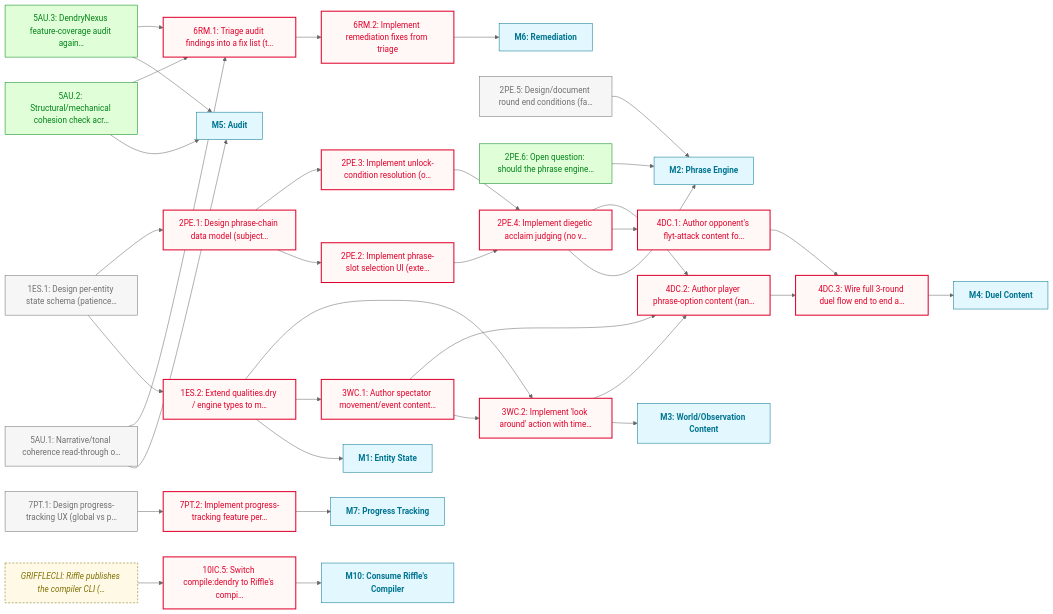
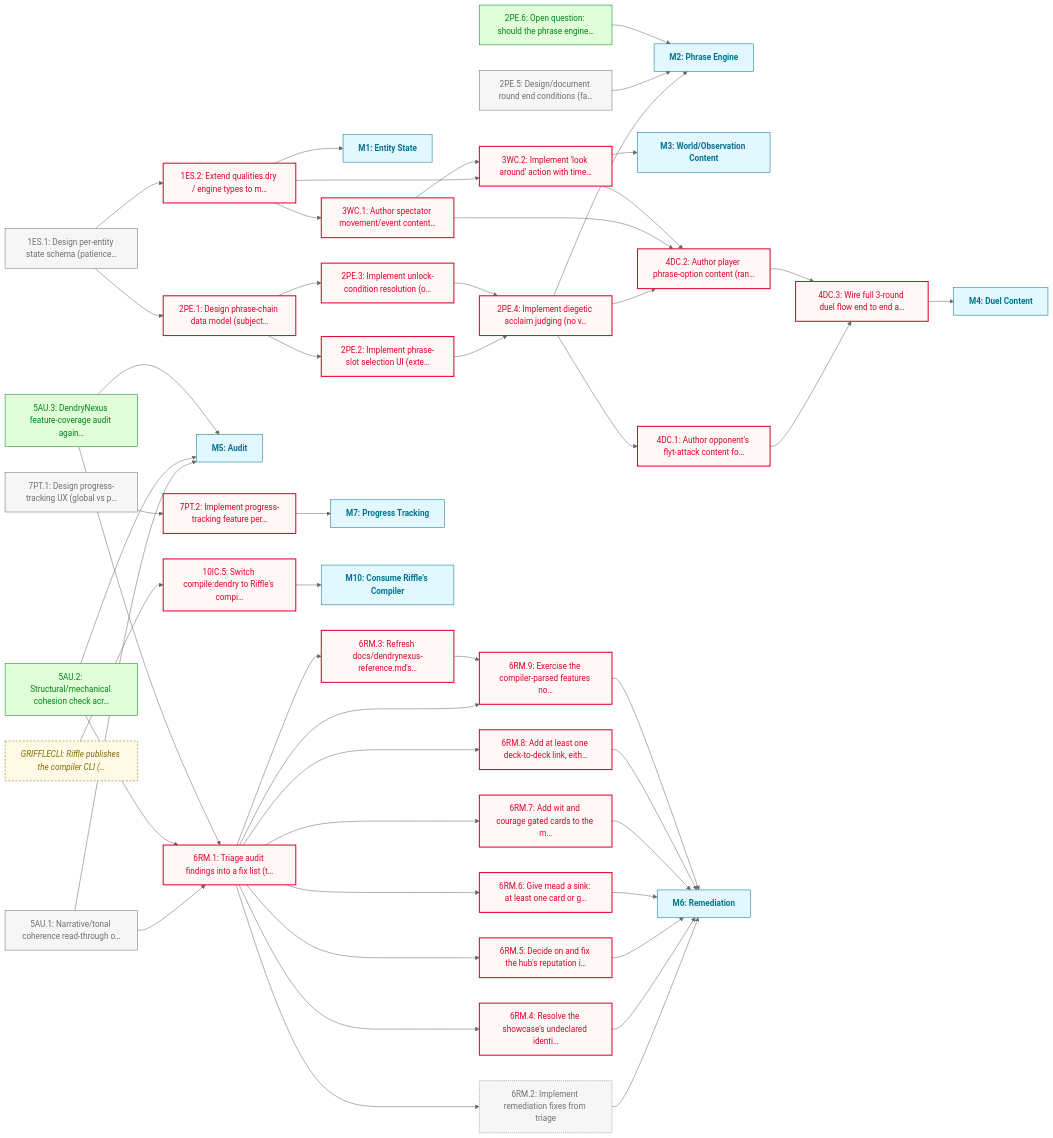
Before and after one commit to JasonWarrenUK/flyt: the diagram in docs/roadmaps/FOUNDATIONS.md, drawn with Mermaid (neutral theme). The commit also changed other lines of this file and 3 other files, not shown here.

First line of the commit message:
chore(roadmap): add remediation tasks 6RM.3 to 6RM.9 from the audit findings

````diff
--- a/docs/roadmaps/FOUNDATIONS.md
+++ b/docs/roadmaps/FOUNDATIONS.md
@@ -127,6 +135,13 @@
 	M5["M5: Audit"]:::mile
 	6RM.1["6RM.1: Triage audit findings into a fix list (t…"]
 	6RM.2["6RM.2: Implement remediation fixes from triage"]
+	6RM.3["6RM.3: Refresh docs/dendrynexus-reference.md's…"]
+	6RM.4["6RM.4: Resolve the showcase's undeclared identi…"]
+	6RM.5["6RM.5: Decide on and fix the hub's reputation i…"]
+	6RM.6["6RM.6: Give mead a sink: at least one card or g…"]
+	6RM.7["6RM.7: Add wit and courage gated cards to the m…"]
+	6RM.8["6RM.8: Add at least one deck-to-deck link, eith…"]
+	6RM.9["6RM.9: Exercise the compiler-parsed features no…"]
 	M6["M6: Remediation"]:::mile
 	7PT.1["7PT.1: Design progress-tracking UX (global vs p…"]
 	7PT.2["7PT.2: Implement progress-tracking feature per…"]
@@ -162,11 +177,26 @@
 	5AU.3 --> M5
 	5AU.3 --> 6RM.1
 	6RM.1 --> 6RM.2
+	6RM.1 --> 6RM.3
+	6RM.1 --> 6RM.4
+	6RM.1 --> 6RM.5
+	6RM.1 --> 6RM.6
+	6RM.1 --> 6RM.7
+	6RM.1 --> 6RM.8
+	6RM.1 --> 6RM.9
 	6RM.2 --> M6
+	6RM.3 --> 6RM.9
+	6RM.4 --> M6
+	6RM.5 --> M6
+	6RM.6 --> M6
+	6RM.7 --> M6
+	6RM.8 --> M6
+	6RM.9 --> M6
 	7PT.1 --> 7PT.2
 	7PT.2 --> M7
 	10IC.5 --> M10
 	class 1ES.1,2PE.5,5AU.1,7PT.1 todo
-	class 10IC.5,1ES.2,2PE.1,2PE.2,2PE.3,2PE.4,3WC.1,3WC.2,4DC.1,4DC.2,4DC.3,6RM.1,6RM.2,7PT.2 blocked
+	class 10IC.5,1ES.2,2PE.1,2PE.2,2PE.3,2PE.4,3WC.1,3WC.2,4DC.1,4DC.2,4DC.3,6RM.1,6RM.3,6RM.4,6RM.5,6RM.6,6RM.7,6RM.8,6RM.9,7PT.2 blocked
 	class 2PE.6,5AU.2,5AU.3 done
+	class 6RM.2 outOfScope
 ```
````
